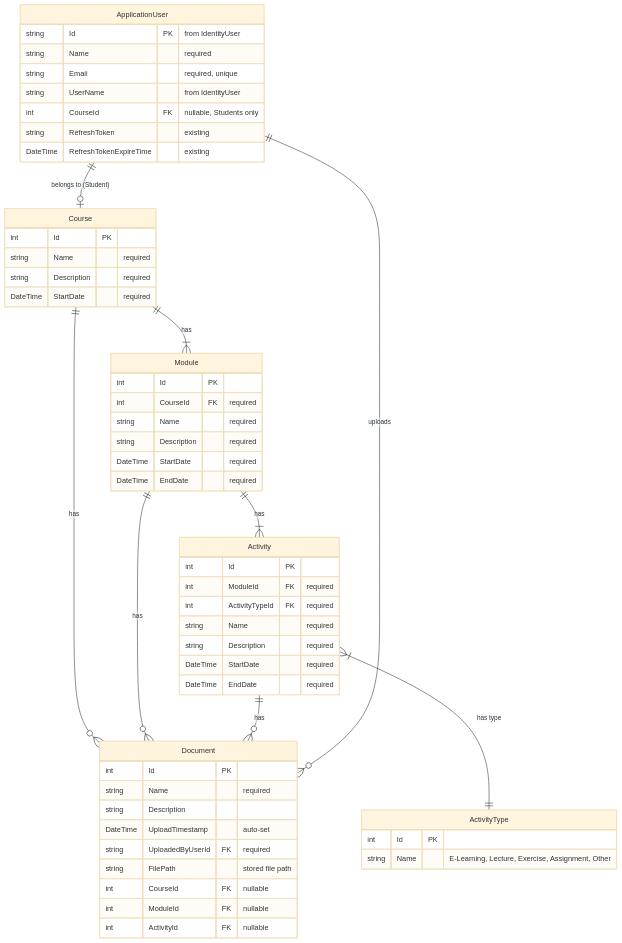
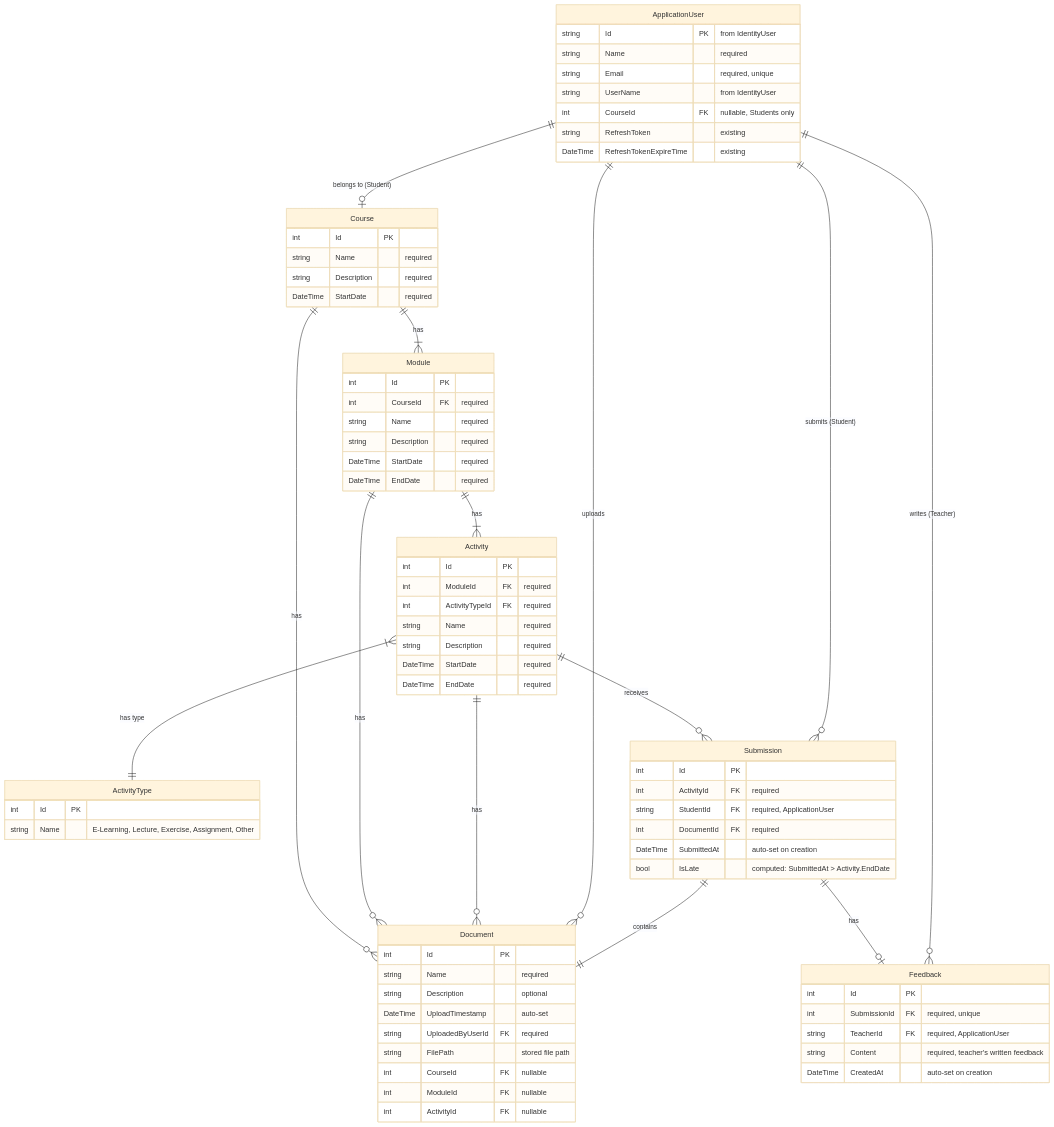
The diagram in lms_project_plan.md (Lexicon-LMS-Gr1/LMS-Gr1), drawn with Mermaid (base theme) before and after one commit. The commit also changed other lines of this file, not shown here.

First line of the commit message:
Update ER diagram: Add Submission and Feedback entities

````diff
--- a/lms_project_plan.md
+++ b/lms_project_plan.md
@@ -32,11 +32,16 @@
     ApplicationUser ||--o| Course : "belongs to (Student)"
     Course ||--|{ Module : "has"
     Module ||--|{ Activity : "has"
+    Activity }|--|| ActivityType : "has type"
     Course ||--o{ Document : "has"
     Module ||--o{ Document : "has"
     Activity ||--o{ Document : "has"
-    Activity }|--|| ActivityType : "has type"
     ApplicationUser ||--o{ Document : "uploads"
+    Activity ||--o{ Submission : "receives"
+    ApplicationUser ||--o{ Submission : "submits (Student)"
+    Submission ||--|| Document : "contains"
+    Submission ||--o| Feedback : "has"
+    ApplicationUser ||--o{ Feedback : "writes (Teacher)"
 
     ApplicationUser {
         string Id PK "from IdentityUser"
@@ -82,7 +87,7 @@
     Document {
         int Id PK
         string Name "required"
-        string Description
+        string Description "optional"
         DateTime UploadTimestamp "auto-set"
         string UploadedByUserId FK "required"
         string FilePath "stored file path"
@@ -90,4 +95,21 @@
         int ModuleId FK "nullable"
         int ActivityId FK "nullable"
     }
+
+    Submission {
+        int Id PK
+        int ActivityId FK "required"
+        string StudentId FK "required, ApplicationUser"
+        int DocumentId FK "required"
+        DateTime SubmittedAt "auto-set on creation"
+        bool IsLate "computed: SubmittedAt > Activity.EndDate"
+    }
+
+    Feedback {
+        int Id PK
+        int SubmissionId FK "required, unique"
+        string TeacherId FK "required, ApplicationUser"
+        string Content "required, teacher's written feedback"
+        DateTime CreatedAt "auto-set on creation"
+    }
 ```
````
